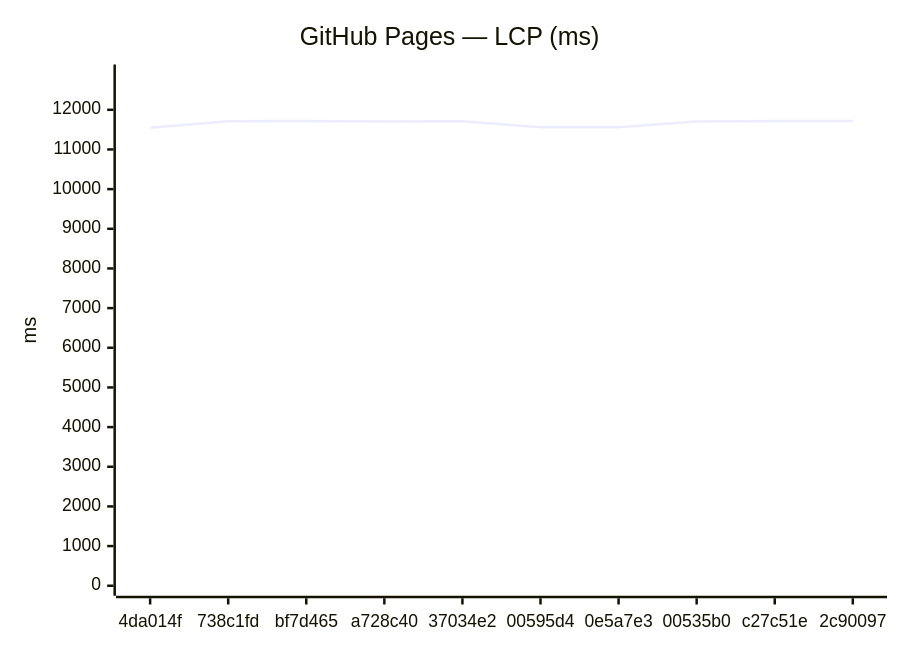
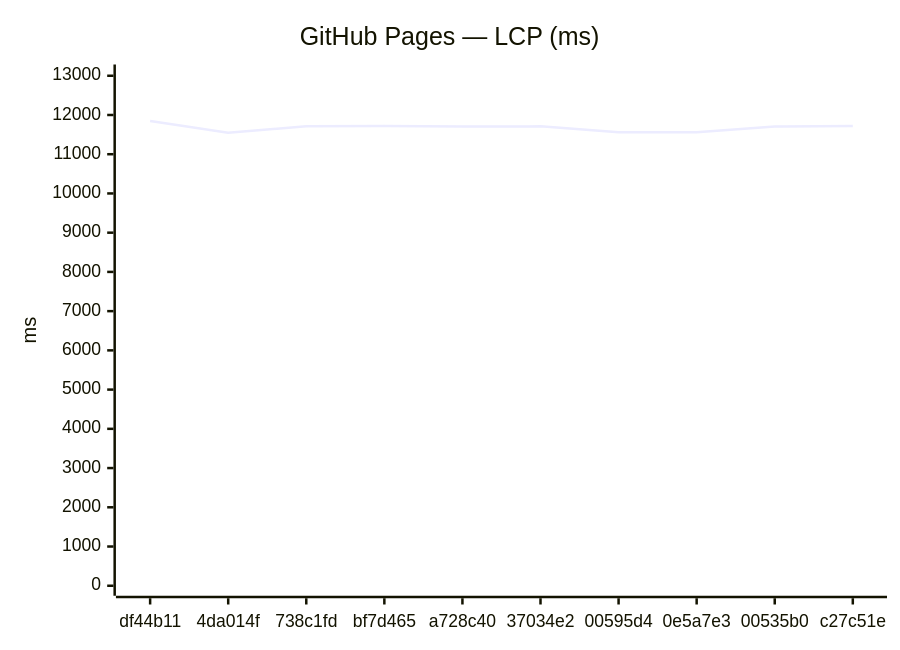
Before and after one commit to Metaheurist/Rianell: the third of 24 diagrams in benchmarks/compare.md, drawn with Mermaid. The commit also changed other lines of this file and 12 other files, not shown here.

````diff
--- a/benchmarks/compare.md
+++ b/benchmarks/compare.md
@@ -54,7 +54,7 @@
 ```mermaid
 xychart-beta
     title "GitHub Pages — LCP (ms)"
-    x-axis ["4da014f", "738c1fd", "bf7d465", "a728c40", "37034e2", "00595d4", "0e5a7e3", "00535b0", "c27c51e", "2c90097"]
-    y-axis "ms" 0 --> 12890
-    line [11548, 11710, 11718, 11707, 11710, 11560, 11561, 11705, 11718, 11715]
+    x-axis ["df44b11", "4da014f", "738c1fd", "bf7d465", "a728c40", "37034e2", "00595d4", "0e5a7e3", "00535b0", "c27c51e"]
+    y-axis "ms" 0 --> 13032
+    line [11847, 11548, 11710, 11718, 11707, 11710, 11560, 11561, 11705, 11718]
 ```
````
